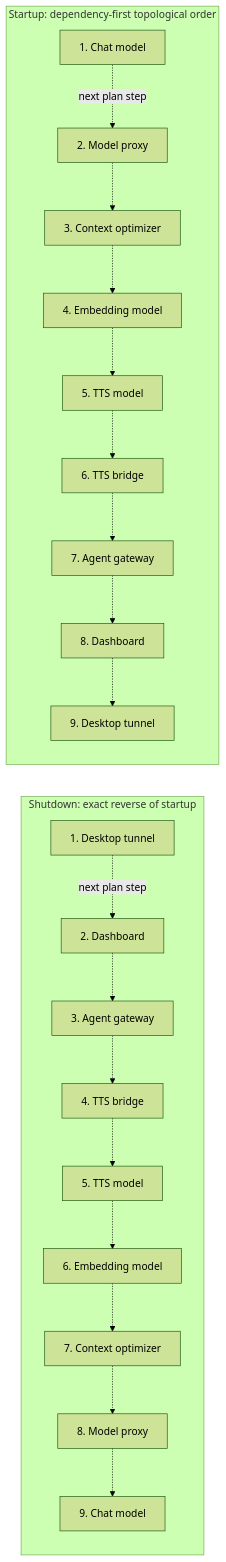
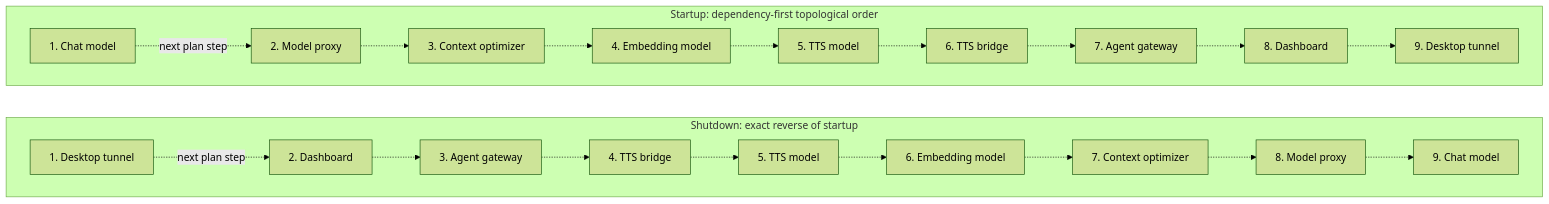
The fourth of 5 diagrams in docs/llm-ops-kit-engineering-evidence.md (unixwzrd/LLM-Ops-Kit), drawn with Mermaid (forest theme) before and after one commit.

Commit message:
Lay out lifecycle rows horizontally

````diff
--- a/docs/llm-ops-kit-engineering-evidence.md
+++ b/docs/llm-ops-kit-engineering-evidence.md
@@ -114,28 +114,28 @@
 ```mermaid
 flowchart TB
     subgraph Startup["Startup: dependency-first topological order"]
-        direction TB
+        direction LR
         S1["1. Chat model"] -. "next plan step" .-> S2["2. Model proxy"]
         S2 -.-> S3["3. Context optimizer"]
         S3 -.-> S4["4. Embedding model"]
         S4 -.-> S5["5. TTS model"]
         S5 -.-> S6["6. TTS bridge"]
         S6 -.-> S7["7. Agent gateway"]
         S7 -.-> S8["8. Dashboard"]
         S8 -.-> S9["9. Desktop tunnel"]
     end
 
     subgraph Shutdown["Shutdown: exact reverse of startup"]
-        direction TB
+        direction LR
         X9["1. Desktop tunnel"] -. "next plan step" .-> X8["2. Dashboard"]
         X8 -.-> X7["3. Agent gateway"]
         X7 -.-> X6["4. TTS bridge"]
         X6 -.-> X5["5. TTS model"]
         X5 -.-> X4["6. Embedding model"]
         X4 -.-> X3["7. Context optimizer"]
         X3 -.-> X2["8. Model proxy"]
         X2 -.-> X1["9. Chat model"]
     end
 
-    S9 ~~~ X9
+    Startup ~~~ Shutdown
 ```
````
